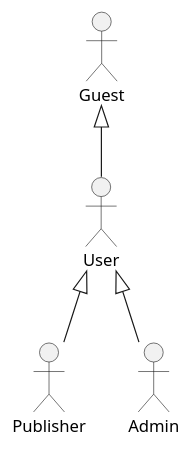
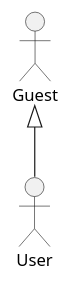
The sixth of 11 diagrams in reports/diagrams.md (PhanNTSon/prm_project), drawn with PlantUML before and after one commit. The commit also changed other lines of this file and 1 other file, not shown here.

````diff
--- a/reports/diagrams.md
+++ b/reports/diagrams.md
@@ -266,12 +266,8 @@
 ```plantuml
 @startuml
 actor "Guest" as Guest
 actor "User" as User
-actor "Publisher" as Publisher
-actor "Admin" as Admin
 
 Guest <|-- User
-User <|-- Publisher
-User <|-- Admin
 @enduml
 ```
````
